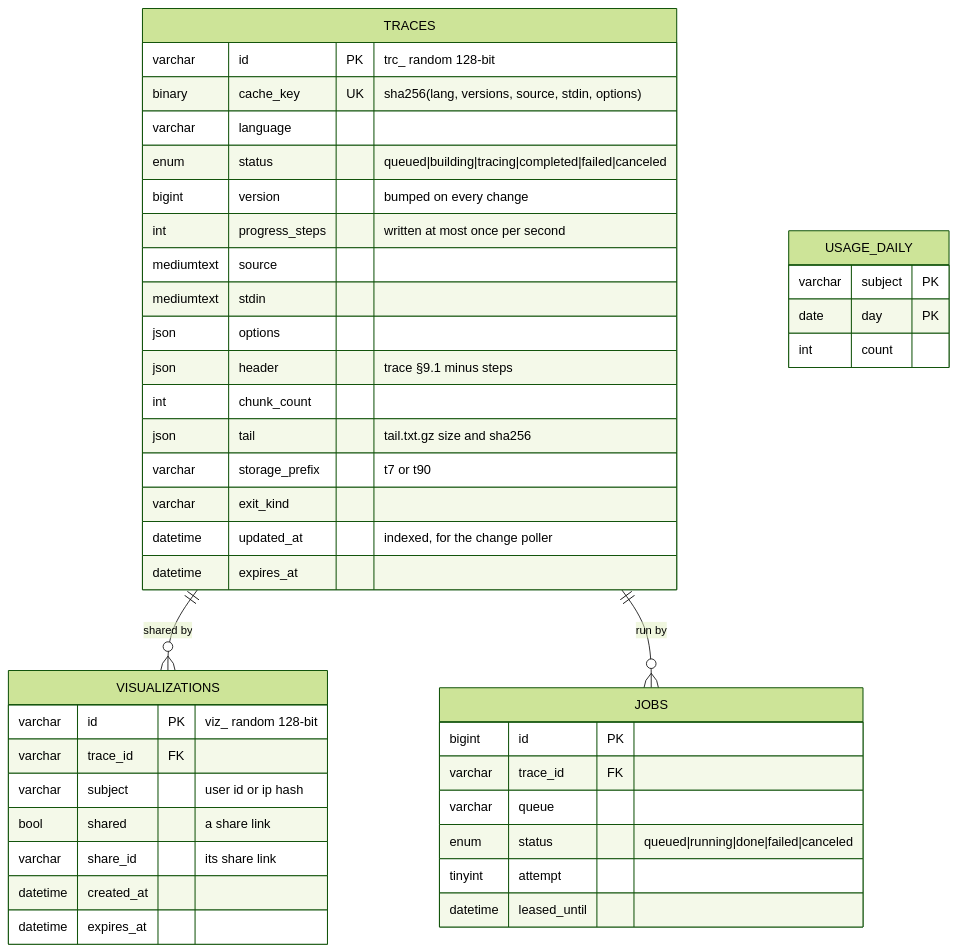
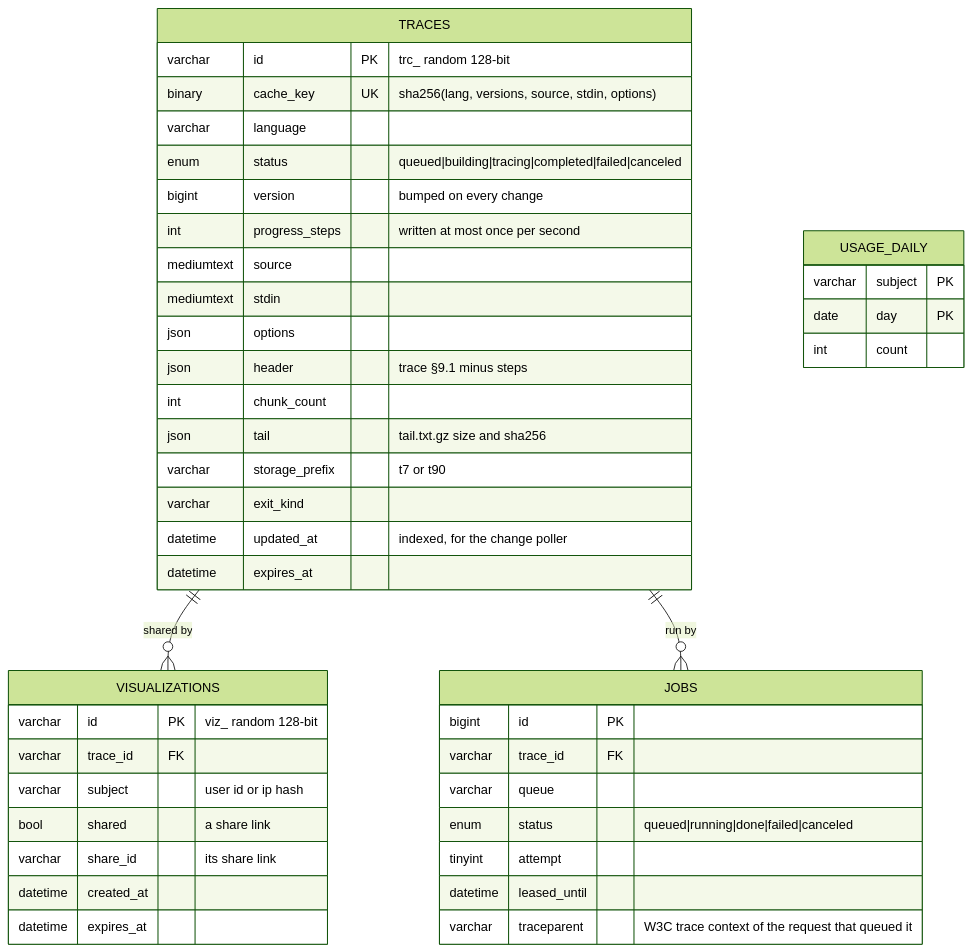
Before and after one commit to tu-hm/code-viz: the third of 6 diagrams in plans/code-visualizer-spec_2.md, drawn with Mermaid (forest theme). The commit also changed other lines of this file and 7 other files, not shown here.

````diff
--- a/plans/code-visualizer-spec_2.md
+++ b/plans/code-visualizer-spec_2.md
@@ -657,45 +658,46 @@
 ```mermaid
 erDiagram
   TRACES ||--o{ VISUALIZATIONS : "shared by"
   TRACES ||--o{ JOBS : "run by"
   TRACES {
     varchar id PK "trc_ random 128-bit"
     binary cache_key UK "sha256(lang, versions, source, stdin, options)"
     varchar language
     enum status "queued|building|tracing|completed|failed|canceled"
     bigint version "bumped on every change"
     int progress_steps "written at most once per second"
     mediumtext source
     mediumtext stdin
     json options
     json header "trace §9.1 minus steps"
     int chunk_count
     json tail "tail.txt.gz size and sha256"
     varchar storage_prefix "t7 or t90"
     varchar exit_kind
     datetime updated_at "indexed, for the change poller"
     datetime expires_at
   }
   VISUALIZATIONS {
     varchar id PK "viz_ random 128-bit"
     varchar trace_id FK
     varchar subject "user id or ip hash"
     bool shared "a share link"
     varchar share_id "its share link"
     datetime created_at
     datetime expires_at
   }
   JOBS {
     bigint id PK
     varchar trace_id FK
     varchar queue
     enum status "queued|running|done|failed|canceled"
     tinyint attempt
     datetime leased_until
+    varchar traceparent "W3C trace context of the request that queued it"
   }
   USAGE_DAILY {
     varchar subject PK
     date day PK
     int count
   }
 ```
````
